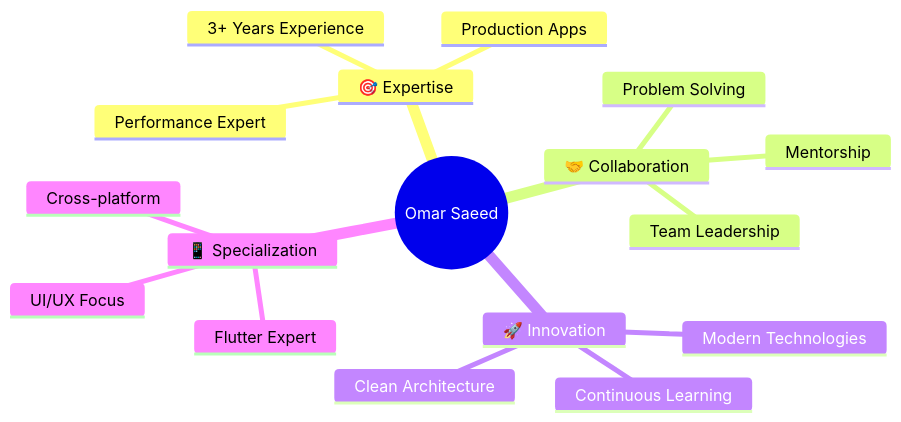
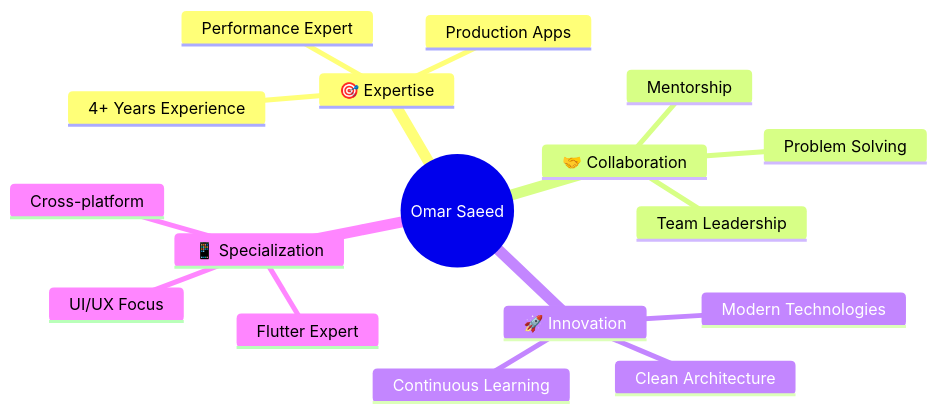
One commit to OmarSaeed20/OmarSaeed20 changed the fourth of 4 diagrams in README.md. Above: the diagram before and after it, drawn with Mermaid. The commit also changed other lines of this file, not shown here.

First line of the commit message:
docs: update README with 4+ years experience and new portfolio

````diff
--- a/README.md
+++ b/README.md
@@ -308,20 +385,20 @@
 ```mermaid
 mindmap
   root((Omar Saeed))
     🎯 Expertise
-      3+ Years Experience
+      4+ Years Experience
       Production Apps
       Performance Expert
     🤝 Collaboration
       Team Leadership
       Mentorship
       Problem Solving
     🚀 Innovation
       Clean Architecture
       Modern Technologies
       Continuous Learning
     📱 Specialization
       Flutter Expert
       Cross-platform
       UI/UX Focus
 ```
````
